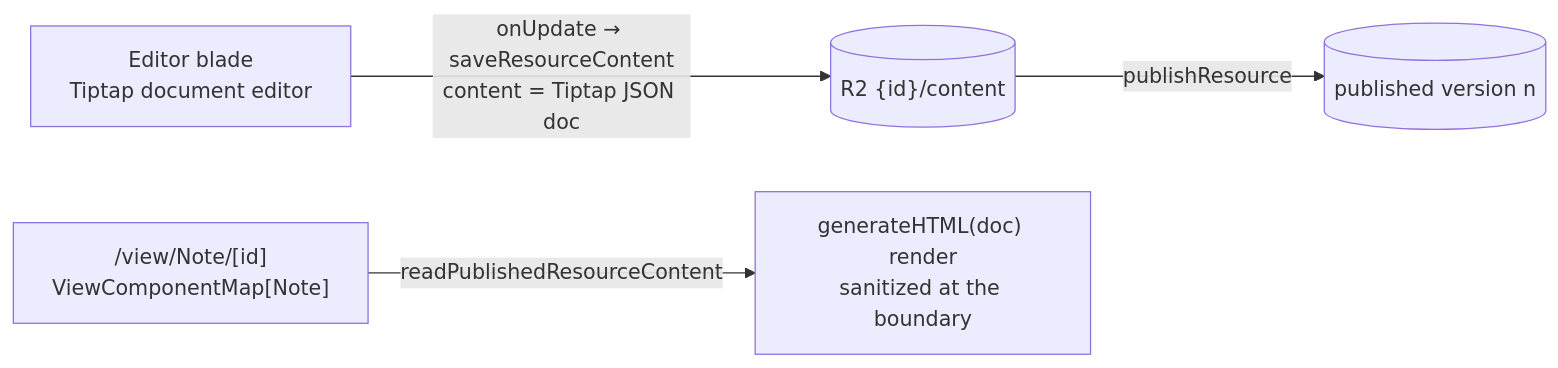
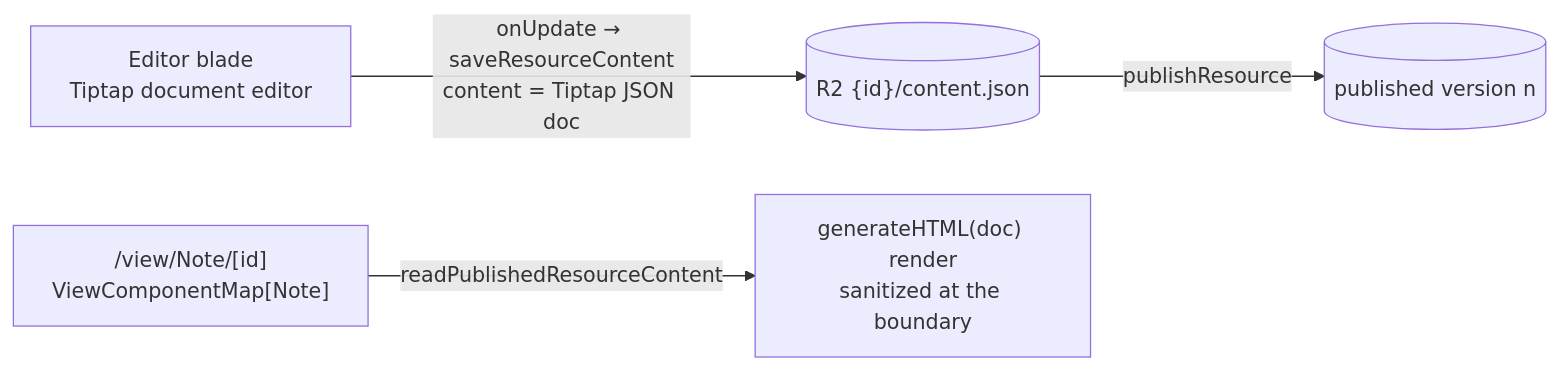
One commit to Esposter/Esposter changed the diagram in openspec/specs/resource/note-resource/design.md. Above: the diagram before and after it, drawn with Mermaid. The commit also changed other lines of this file and 34 other files, not shown here.

````diff
--- a/openspec/specs/resource/note-resource/design.md
+++ b/openspec/specs/resource/note-resource/design.md
@@ -7,6 +7,6 @@
 ```mermaid
 flowchart LR
-  ED["Editor blade<br/>Tiptap document editor"] -->|"onUpdate → saveResourceContent<br/>content = Tiptap JSON doc"| OBJ[("R2 {id}/content")]
+  ED["Editor blade<br/>Tiptap document editor"] -->|"onUpdate → saveResourceContent<br/>content = Tiptap JSON doc"| OBJ[("R2 {id}/content.json")]
   OBJ -->|publishResource| SNAP[("published version n")]
   VIEW["/view/Note/[id]<br/>ViewComponentMap[Note]"] -->|readPublishedResourceContent| HTML["generateHTML(doc) render<br/>sanitized at the boundary"]
 ```
````
